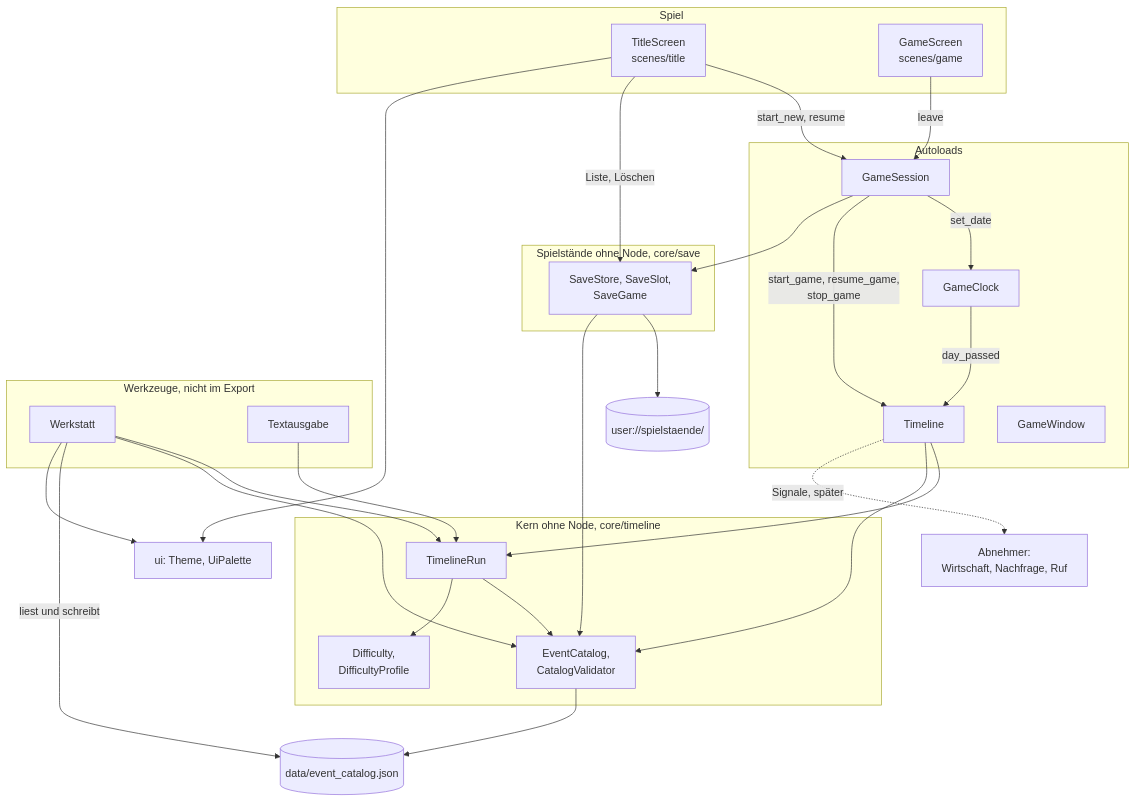
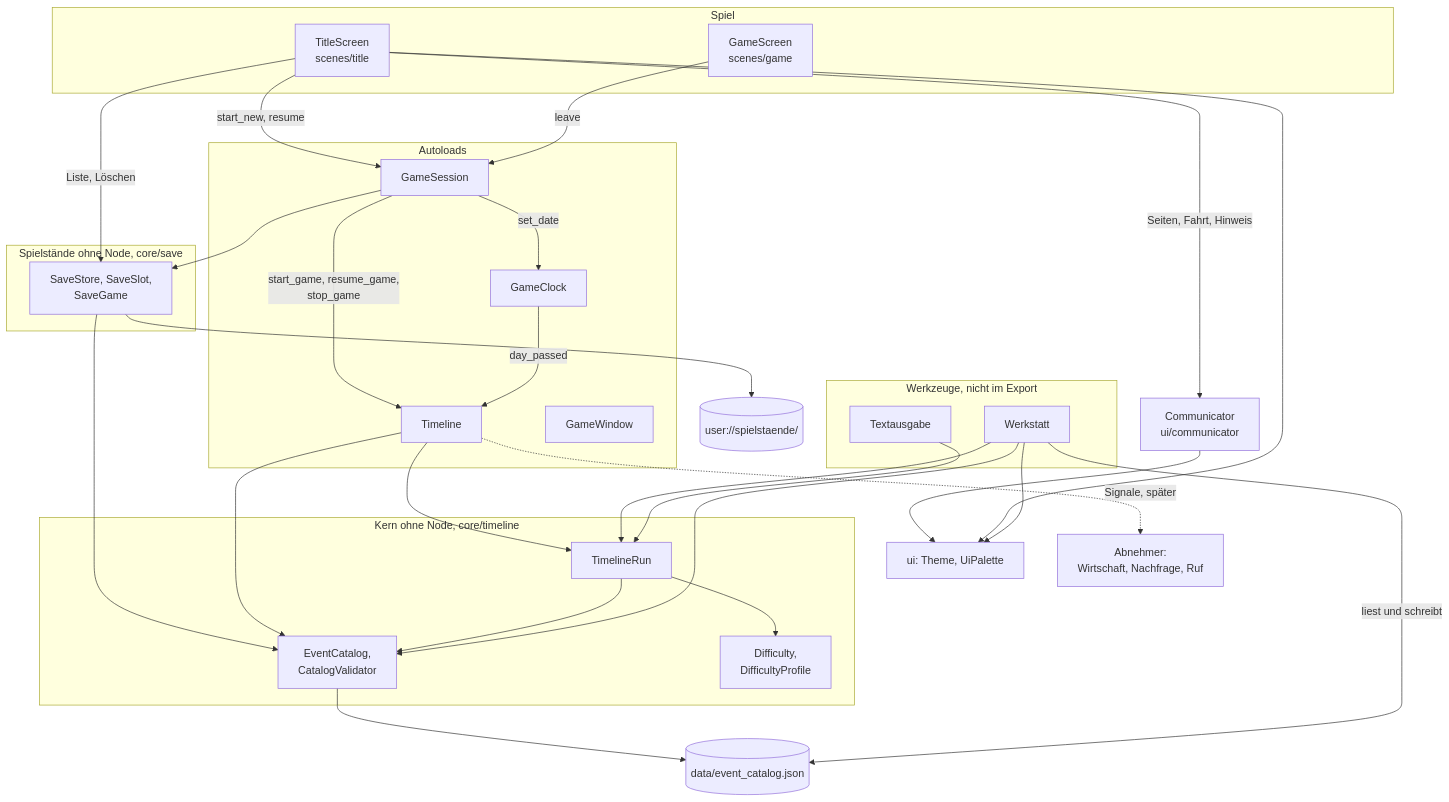
Before and after one commit to klausmoster/DerComputerladen: the diagram in docs/spielbeschreibung/architektur.md, drawn with Mermaid. The commit also changed other lines of this file and 10 other files, not shown here.

````diff
--- a/docs/spielbeschreibung/architektur.md
+++ b/docs/spielbeschreibung/architektur.md
@@ -40,49 +41,52 @@
 ```mermaid
 flowchart TB
     subgraph spiel["Spiel"]
         TS["TitleScreen<br/>scenes/title"]
         GS["GameScreen<br/>scenes/game"]
     end
     subgraph autoloads["Autoloads"]
         GC["GameClock"]
         TL["Timeline"]
         GW["GameWindow"]
         SE["GameSession"]
     end
     subgraph save["Spielstände ohne Node, core/save"]
         ST["SaveStore, SaveSlot,<br/>SaveGame"]
     end
     subgraph kern["Kern ohne Node, core/timeline"]
         RUN["TimelineRun"]
         CAT["EventCatalog,<br/>CatalogValidator"]
         DIF["Difficulty,<br/>DifficultyProfile"]
     end
     subgraph werkzeuge["Werkzeuge, nicht im Export"]
         WS["Werkstatt"]
         TA["Textausgabe"]
     end
     DATA[("data/event_catalog.json")]
     SAVES[("user://spielstaende/")]
     UI["ui: Theme, UiPalette"]
+    CO["Communicator<br/>ui/communicator"]
+    TS -->|"Seiten, Fahrt, Hinweis"| CO
+    CO --> UI
     TS -->|"start_new, resume"| SE
     GS -->|"leave"| SE
     TS -->|"Liste, Löschen"| ST
     SE -->|"set_date"| GC
     SE -->|"start_game, resume_game,<br/>stop_game"| TL
     SE --> ST
     ST --> SAVES
     ST --> CAT
     GC -->|"day_passed"| TL
     TL --> RUN
     TL --> CAT
     RUN --> CAT
     RUN --> DIF
     CAT --> DATA
     WS --> RUN
     WS --> CAT
     WS -->|"liest und schreibt"| DATA
     TA --> RUN
     TS --> UI
     WS --> UI
     TL -.->|"Signale, später"| ABN["Abnehmer:<br/>Wirtschaft, Nachfrage, Ruf"]
 ```
````
